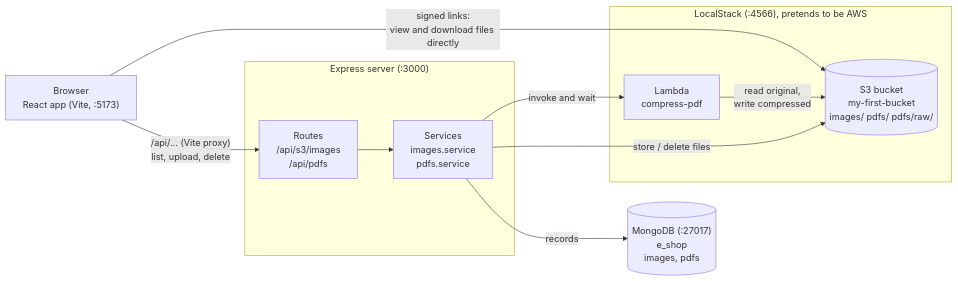
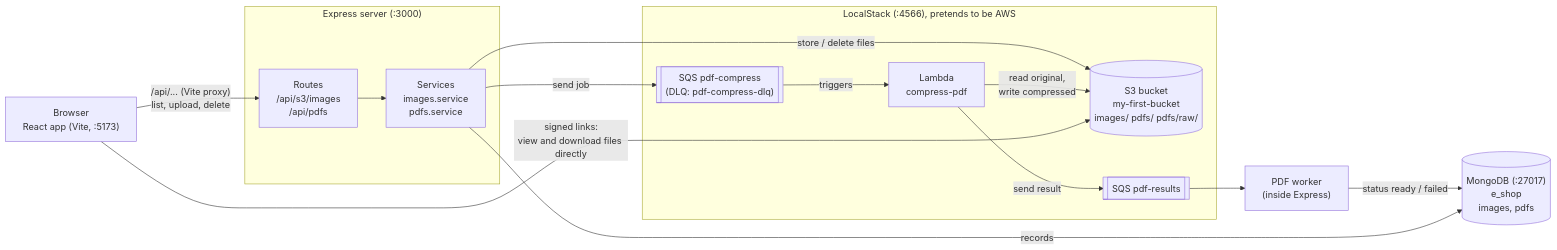
Before and after one commit to kushshah1554/localstack: the first of 4 diagrams in ARCHITECTURE.md, drawn with Mermaid. The commit also changed other lines of this file and 17 other files, not shown here.

First line of the commit message:
Implement SQS for PDF compression workflow

````diff
--- a/ARCHITECTURE.md
+++ b/ARCHITECTURE.md
@@ -7,24 +7,31 @@
 ```mermaid
 flowchart LR
     Browser["Browser<br/>React app (Vite, :5173)"]
 
     subgraph Server["Express server (:3000)"]
         Routes["Routes<br/>/api/s3/images<br/>/api/pdfs"]
         Services["Services<br/>images.service<br/>pdfs.service"]
         Routes --> Services
     end
 
     subgraph LocalStack["LocalStack (:4566), pretends to be AWS"]
         S3[("S3 bucket<br/>my-first-bucket<br/>images/  pdfs/  pdfs/raw/")]
+        Jobs[["SQS pdf-compress<br/>(DLQ: pdf-compress-dlq)"]]
         Lambda["Lambda<br/>compress-pdf"]
+        Results[["SQS pdf-results"]]
     end
 
     Mongo[("MongoDB (:27017)<br/>e_shop<br/>images, pdfs")]
+    Worker["PDF worker<br/>(inside Express)"]
 
     Browser -- "/api/... (Vite proxy)<br/>list, upload, delete" --> Routes
     Services -- "store / delete files" --> S3
-    Services -- "invoke and wait" --> Lambda
+    Services -- "send job" --> Jobs
+    Jobs -- "triggers" --> Lambda
     Lambda -- "read original,<br/>write compressed" --> S3
+    Lambda -- "send result" --> Results
+    Results --> Worker
+    Worker -- "status ready / failed" --> Mongo
     Services -- "records" --> Mongo
     Browser -- "signed links:<br/>view and download files directly" --> S3
 ```
````
